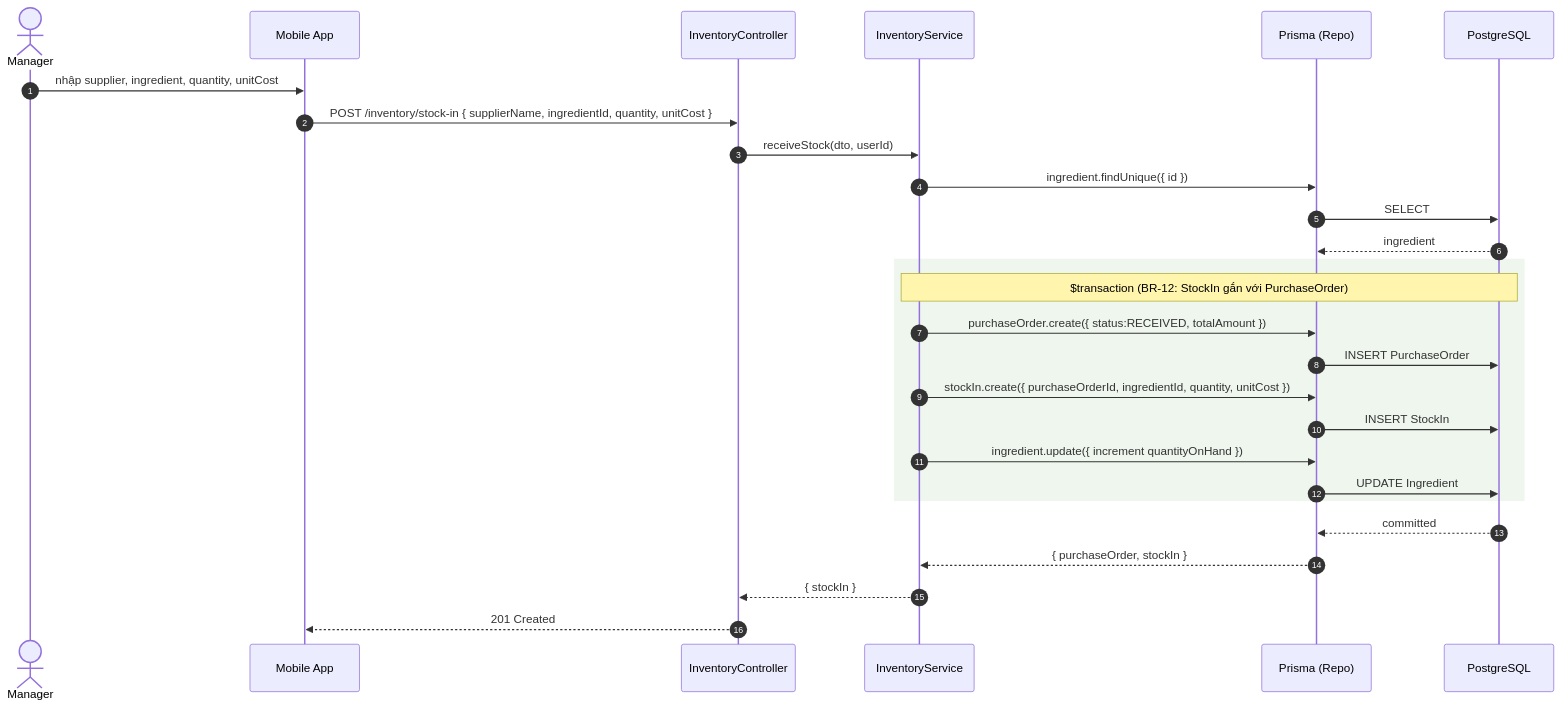
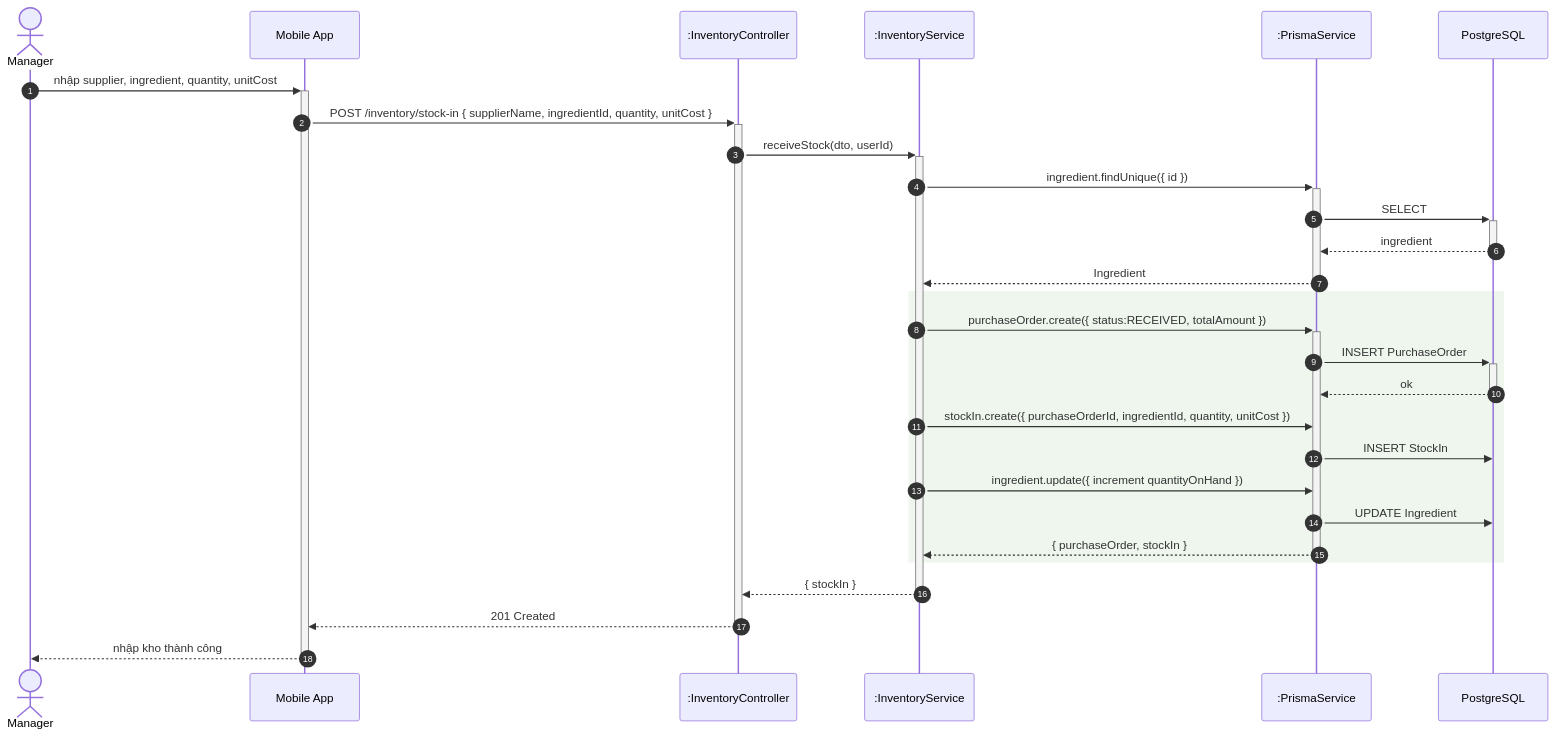
Diagram 12 of 16 in docs/sequence-diagrams.md (callmehai/Cafe-Shop-Management-System), drawn with Mermaid before and after one commit. The commit also changed other lines of this file and 1 other file, not shown here.

Commit message:
docs: add sequence and class diagrams for system architecture and use case implementation

````diff
--- a/docs/sequence-diagrams.md
+++ b/docs/sequence-diagrams.md
@@ -605,31 +630,32 @@
 ```mermaid
 sequenceDiagram
     autonumber
     actor M as Manager
     participant App as Mobile App
-    participant API as InventoryController
-    participant SVC as InventoryService
-    participant ORM as Prisma (Repo)
+    participant API as :InventoryController
+    participant SVC as :InventoryService
+    participant ORM as :PrismaService
     participant DB as PostgreSQL
 
-    M->>App: nhập supplier, ingredient, quantity, unitCost
-    App->>API: POST /inventory/stock-in { supplierName, ingredientId, quantity, unitCost }
-    API->>SVC: receiveStock(dto, userId)
-    SVC->>ORM: ingredient.findUnique({ id })
-    ORM->>DB: SELECT
-    DB-->>ORM: ingredient
+    M->>+App: nhập supplier, ingredient, quantity, unitCost
+    App->>+API: POST /inventory/stock-in { supplierName, ingredientId, quantity, unitCost }
+    API->>+SVC: receiveStock(dto, userId)
+    SVC->>+ORM: ingredient.findUnique({ id })
+    ORM->>+DB: SELECT
+    DB-->>-ORM: ingredient
+    ORM-->>-SVC: Ingredient
 
     rect rgb(238,246,238)
-        Note over SVC,DB: $transaction (BR-12: StockIn gắn với PurchaseOrder)
-        SVC->>ORM: purchaseOrder.create({ status:RECEIVED, totalAmount })
-        ORM->>DB: INSERT PurchaseOrder
+        SVC->>+ORM: purchaseOrder.create({ status:RECEIVED, totalAmount })
+        ORM->>+DB: INSERT PurchaseOrder
+        DB-->>-ORM: ok
         SVC->>ORM: stockIn.create({ purchaseOrderId, ingredientId, quantity, unitCost })
         ORM->>DB: INSERT StockIn
         SVC->>ORM: ingredient.update({ increment quantityOnHand })
         ORM->>DB: UPDATE Ingredient
+        ORM-->>-SVC: { purchaseOrder, stockIn }
     end
-    DB-->>ORM: committed
-    ORM-->>SVC: { purchaseOrder, stockIn }
-    SVC-->>API: { stockIn }
-    API-->>App: 201 Created
+    SVC-->>-API: { stockIn }
+    API-->>-App: 201 Created
+    App-->>-M: nhập kho thành công
 ```
````
